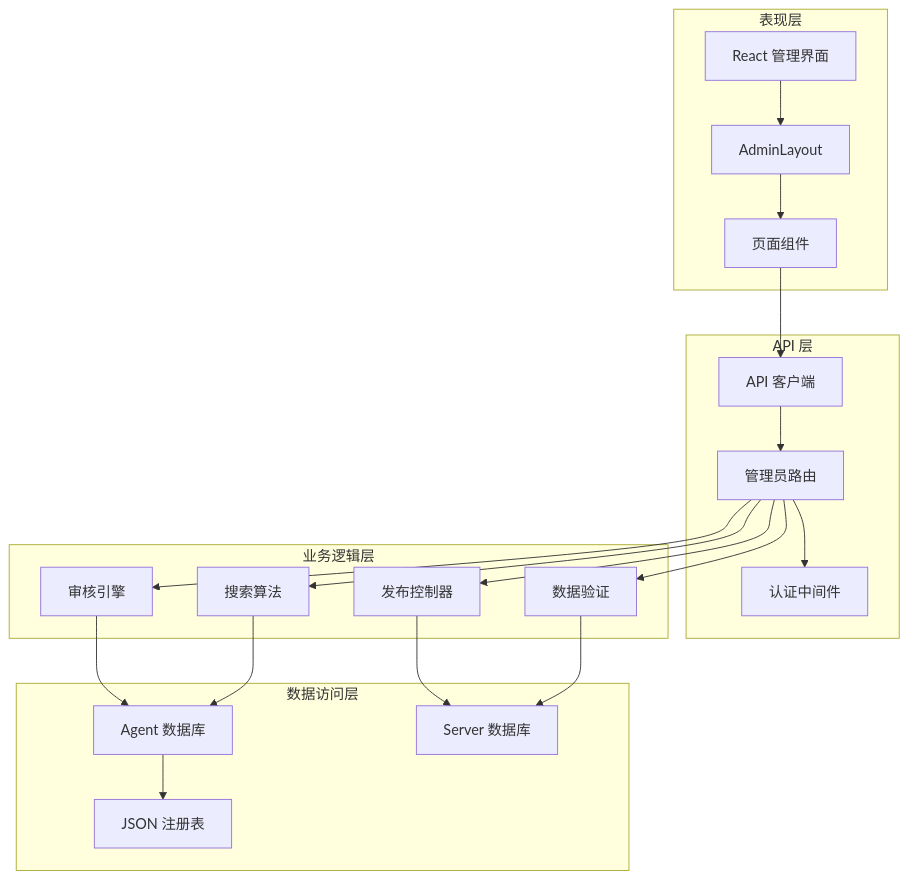
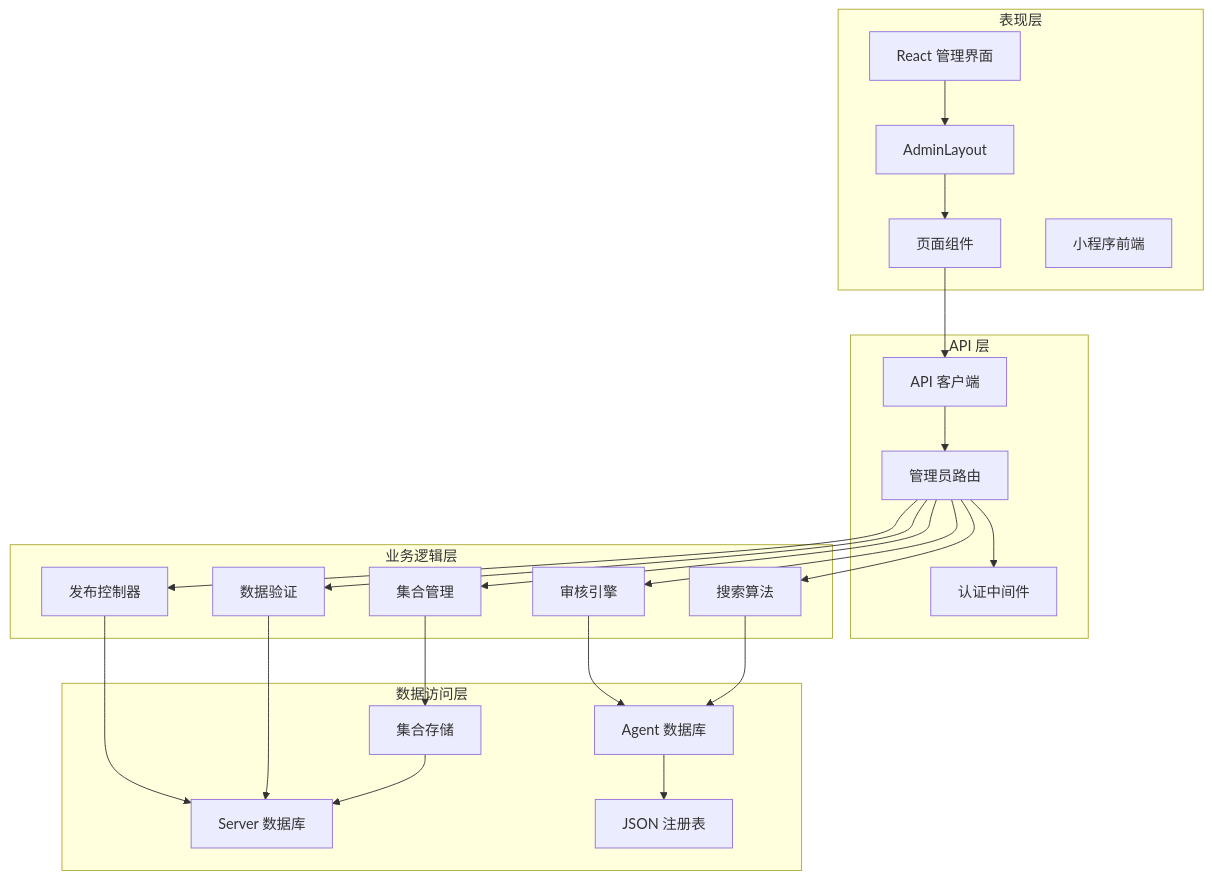
Before and after one commit to ititjjy/AITrip-plan: the second of 17 diagrams in .qoder/repowiki/zh/content/后端API架构/管理员路由系统.md, drawn with Mermaid. The commit also changed other lines of this file and 17 other files, not shown here.

````diff
--- a/.qoder/repowiki/zh/content/后端API架构/管理员路由系统.md
+++ b/.qoder/repowiki/zh/content/后端API架构/管理员路由系统.md
@@ -104,38 +126,44 @@
 ```mermaid
 graph TB
 subgraph "表现层"
 UI[React 管理界面]
 Layout[AdminLayout]
 Pages[页面组件]
+MiniProgram[小程序前端]
 end
 subgraph "API 层"
 Router[管理员路由]
 Auth[认证中间件]
 API[API 客户端]
 end
 subgraph "业务逻辑层"
 Review[审核引擎]
 Publish[发布控制器]
 Search[搜索算法]
 Validation[数据验证]
+Collection[集合管理]
 end
 subgraph "数据访问层"
 AgentDB[Agent 数据库]
 ServerDB[Server 数据库]
 Registry[JSON 注册表]
+CollectionDB[集合存储]
 end
 UI --> Layout
 Layout --> Pages
 Pages --> API
 API --> Router
 Router --> Auth
 Router --> Review
 Router --> Publish
 Router --> Search
 Router --> Validation
+Router --> Collection
 Review --> AgentDB
 Publish --> ServerDB
 Search --> AgentDB
 Validation --> ServerDB
+Collection --> CollectionDB
 AgentDB --> Registry
+CollectionDB --> ServerDB
 ```
````
